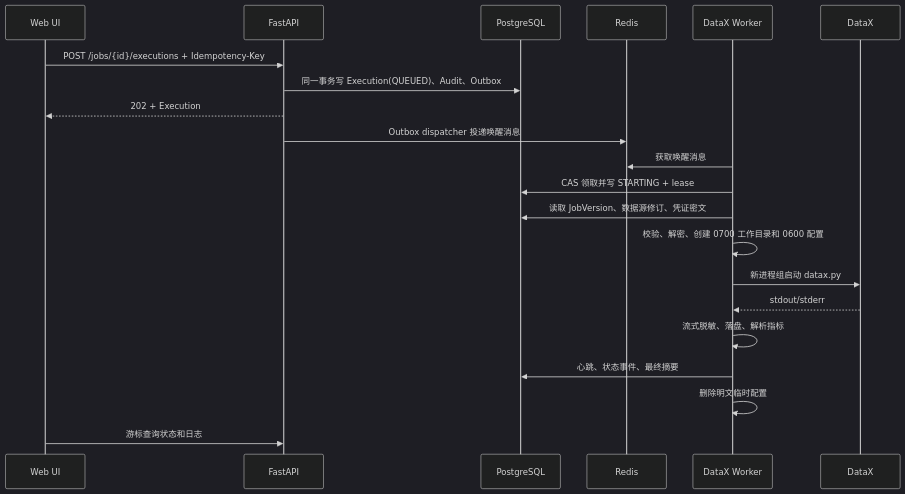
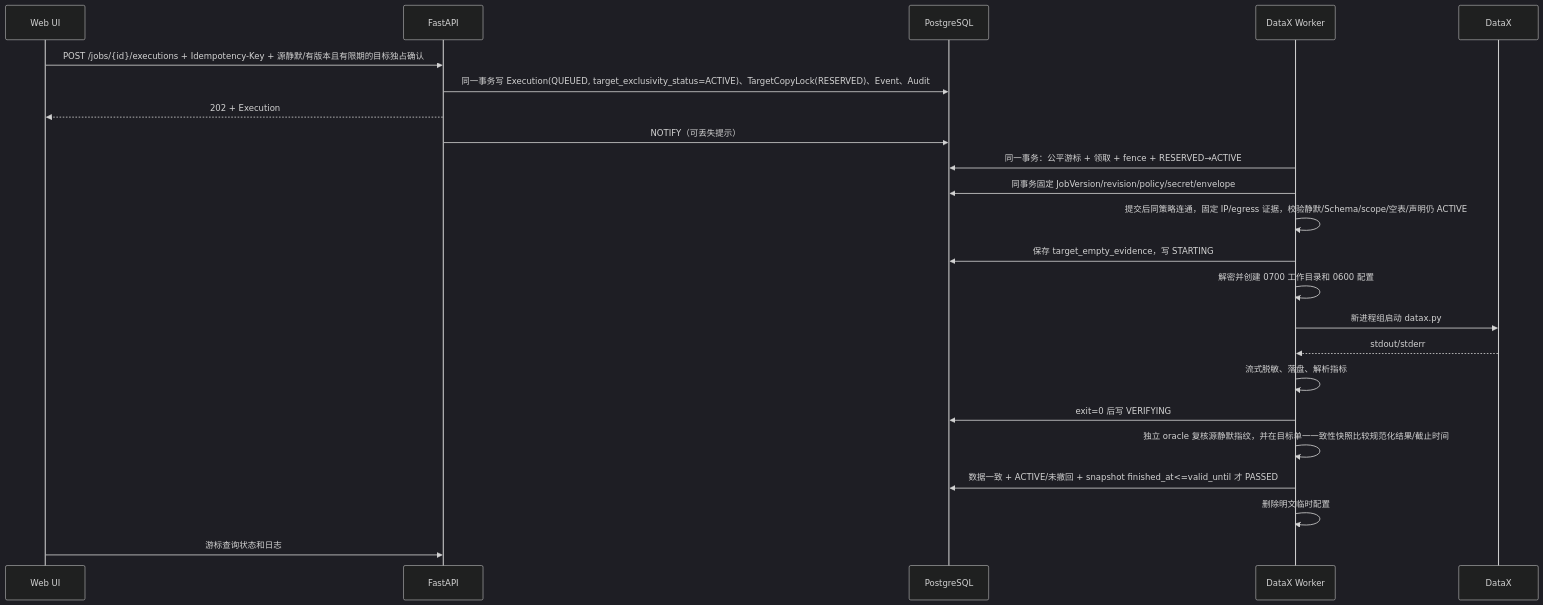
Before and after one commit to xiaoli2hust/datax: the second of 3 diagrams in docs/03_技术架构设计.md, drawn with Mermaid (dark theme). The commit also changed other lines of this file and 32 other files, not shown here.

````diff
--- a/docs/03_技术架构设计.md
+++ b/docs/03_技术架构设计.md
@@ -136,24 +189,26 @@
 ```mermaid
 sequenceDiagram
     participant UI as Web UI
     participant API as FastAPI
     participant DB as PostgreSQL
-    participant R as Redis
     participant W as DataX Worker
     participant DX as DataX
 
-    UI->>API: POST /jobs/{id}/executions + Idempotency-Key
-    API->>DB: 同一事务写 Execution(QUEUED)、Audit、Outbox
+    UI->>API: POST /jobs/{id}/executions + Idempotency-Key + 源静默/有版本且有限期的目标独占确认
+    API->>DB: 同一事务写 Execution(QUEUED, target_exclusivity_status=ACTIVE)、TargetCopyLock(RESERVED)、Event、Audit
     API-->>UI: 202 + Execution
-    API->>R: Outbox dispatcher 投递唤醒消息
-    W->>R: 获取唤醒消息
-    W->>DB: CAS 领取并写 STARTING + lease
-    W->>DB: 读取 JobVersion、数据源修订、凭证密文
-    W->>W: 校验、解密、创建 0700 工作目录和 0600 配置
+    API->>DB: NOTIFY（可丢失提示）
+    W->>DB: 同一事务：公平游标 + 领取 + fence + RESERVED→ACTIVE
+    W->>DB: 同事务固定 JobVersion/revision/policy/secret/envelope
+    W->>W: 提交后同策略连通，固定 IP/egress 证据，校验静默/Schema/scope/空表/声明仍 ACTIVE
+    W->>DB: 保存 target_empty_evidence，写 STARTING
+    W->>W: 解密并创建 0700 工作目录和 0600 配置
     W->>DX: 新进程组启动 datax.py
     DX-->>W: stdout/stderr
     W->>W: 流式脱敏、落盘、解析指标
-    W->>DB: 心跳、状态事件、最终摘要
+    W->>DB: exit=0 后写 VERIFYING
+    W->>W: 独立 oracle 复核源静默指纹，并在目标单一一致性快照比较规范化结果/截止时间
+    W->>DB: 数据一致 + ACTIVE/未撤回 + snapshot finished_at<=valid_until 才 PASSED
     W->>W: 删除明文临时配置
     UI->>API: 游标查询状态和日志
 ```
````
